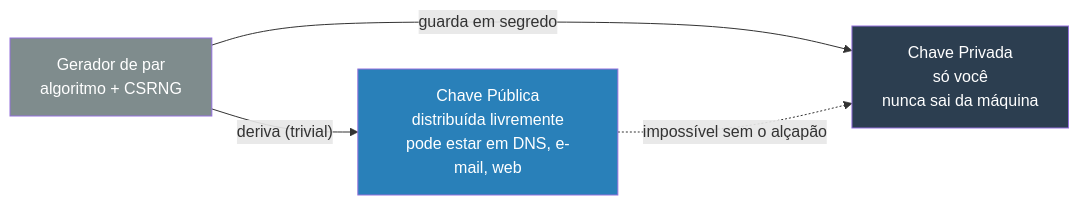
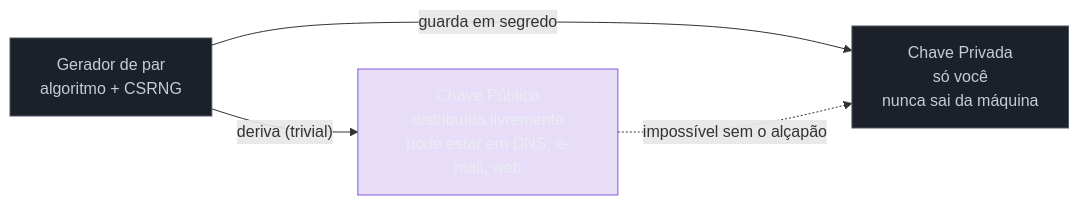
Before and after one commit to josenaldo/codex-technomanticus: the second of 5 diagrams in 03-Dominios/Engenharia/Segurança/08 - Criptografia assimétrica.md, drawn with Mermaid. The commit also changed other lines of this file and 1181 other files, not shown here.

First line of the commit message:
fix(diagramas): paleta do sistema no lugar de cor cravada no markdown

````diff
--- a/03-Dominios/Engenharia/Segurança/08 - Criptografia assimétrica.md
+++ b/03-Dominios/Engenharia/Segurança/08 - Criptografia assimétrica.md
@@ -79,10 +82,12 @@
 ```mermaid
 graph LR
+    classDef neutro fill:#1B2029,stroke:#4E5666,color:#C6CCD8
+    classDef marca fill:#8855DF33,stroke:#8855DF,color:#E9ECF2
     GEN["Gerador de par\nalgoritmo + CSRNG"]
     GEN -->|"deriva (trivial)"| PUB["Chave Pública\ndistribuída livremente\npode estar em DNS, e-mail, web"]
     GEN -->|"guarda em segredo"| PRIV["Chave Privada\nsó você\nnunca sai da máquina"]
     PUB -. "impossível sem o alçapão" .-> PRIV
-    style PRIV fill:#2c3e50,color:#fff
-    style PUB fill:#2980b9,color:#fff
-    style GEN fill:#7f8c8d,color:#fff
+    class PRIV neutro
+    class PUB marca
+    class GEN neutro
 ```
````
